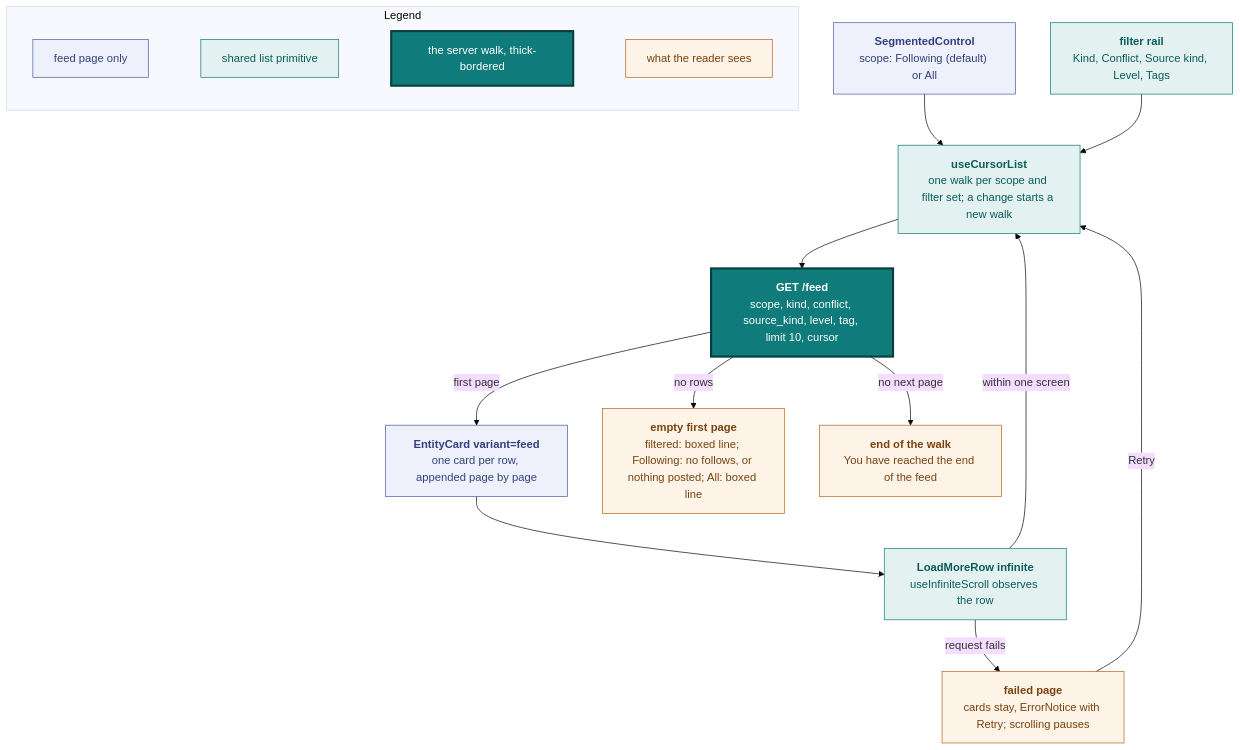
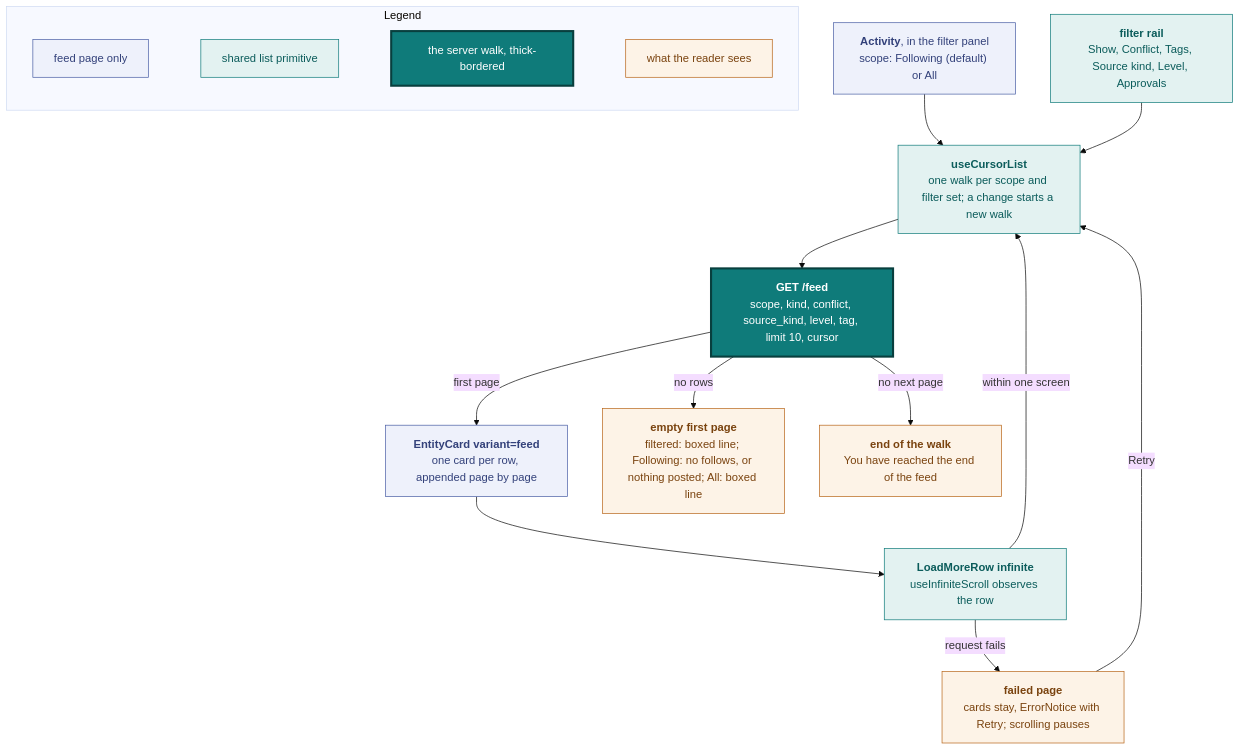
Diagram 15 of 21 in docs/design.md (vidithq/vidit), drawn with Mermaid (base theme) before and after one commit. The commit also changed other lines of this file and 27 other files, not shown here.

First line of the commit message:
fix(filters): name every filter once, keep Show in view, apply filters at once (#799)

````diff
--- a/docs/design.md
+++ b/docs/design.md
@@ -1329,46 +1340,46 @@
 ```mermaid
 flowchart TB
   classDef page fill:#eef1fb,stroke:#4a5fa5,color:#33417a
   classDef shared fill:#e3f2f1,stroke:#0f7b7a,color:#0b5c5b
   classDef core fill:#0f7b7a,stroke:#083f3e,stroke-width:3px,color:#ffffff
   classDef state fill:#fdf3e7,stroke:#b8661a,color:#7a430f
 
   subgraph legend [Legend]
     direction LR
     l1["`feed page only`"]:::page
     l2["`shared list primitive`"]:::shared
     l3["`the server walk, thick-bordered`"]:::core
     l4["`what the reader sees`"]:::state
     l1 ~~~ l2 ~~~ l3 ~~~ l4
   end
 
-  toggle["`**SegmentedControl**
+  toggle["`**Activity**, in the filter panel
   scope: Following (default) or All`"]:::page
   filters["`**filter rail**
-  Kind, Conflict, Source kind, Level, Tags`"]:::shared
+  Show, Conflict, Tags, Source kind, Level, Approvals`"]:::shared
   walk["`**useCursorList**
   one walk per scope and filter set; a change starts a new walk`"]:::shared
   api["`**GET /feed**
   scope, kind, conflict, source_kind, level, tag, limit 10, cursor`"]:::core
   cards["`**EntityCard variant=feed**
   one card per row, appended page by page`"]:::page
   row["`**LoadMoreRow infinite**
   useInfiniteScroll observes the row`"]:::shared
 
   empty["`**empty first page**
   filtered: boxed line; Following: no follows, or nothing posted; All: boxed line`"]:::state
   failed["`**failed page**
   cards stay, ErrorNotice with Retry; scrolling pauses`"]:::state
   done["`**end of the walk**
   You have reached the end of the feed`"]:::state
 
   toggle --> walk --> api
   filters --> walk
   api -->|first page| cards
   api -->|no rows| empty
   cards --> row
   row -->|within one screen| walk
   row -->|request fails| failed
   failed -->|Retry| walk
   api -->|no next page| done
 ```
````
